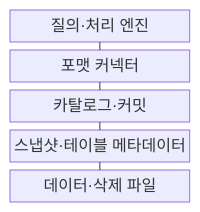
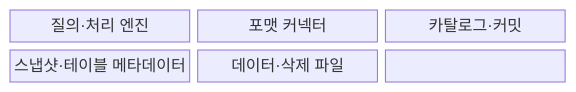
One commit to agnusdei1207/knowledge-base changed the first of 2 diagrams in src/content/docs/notes/08-latest-tech/192_open_table_format.md. Above: the diagram before and after it, drawn with Mermaid. The commit also changed other lines of this file and 228 other files, not shown here.

````diff
--- a/src/content/docs/notes/08-latest-tech/192_open_table_format.md
+++ b/src/content/docs/notes/08-latest-tech/192_open_table_format.md
@@ -50,13 +49,11 @@
 ```mermaid
 block-beta
-  columns 1
-  engine["질의·처리 엔진"]
-  connector["포맷 커넥터"]
-  catalog["카탈로그·커밋"]
-  metadata["스냅샷·테이블 메타데이터"]
-  files["데이터·삭제 파일"]
-  engine --- connector
-  connector --- catalog
-  catalog --- metadata
-  metadata --- files
+  columns 3
+  N0["질의·처리 엔진"]
+  N1["포맷 커넥터"]
+  N2["카탈로그·커밋"]
+  N3["스냅샷·테이블 메타데이터"]
+  N4["데이터·삭제 파일"]
+  N0 --- N1 --- N2
+  N2 --- N3 --- N4
 ```
````
